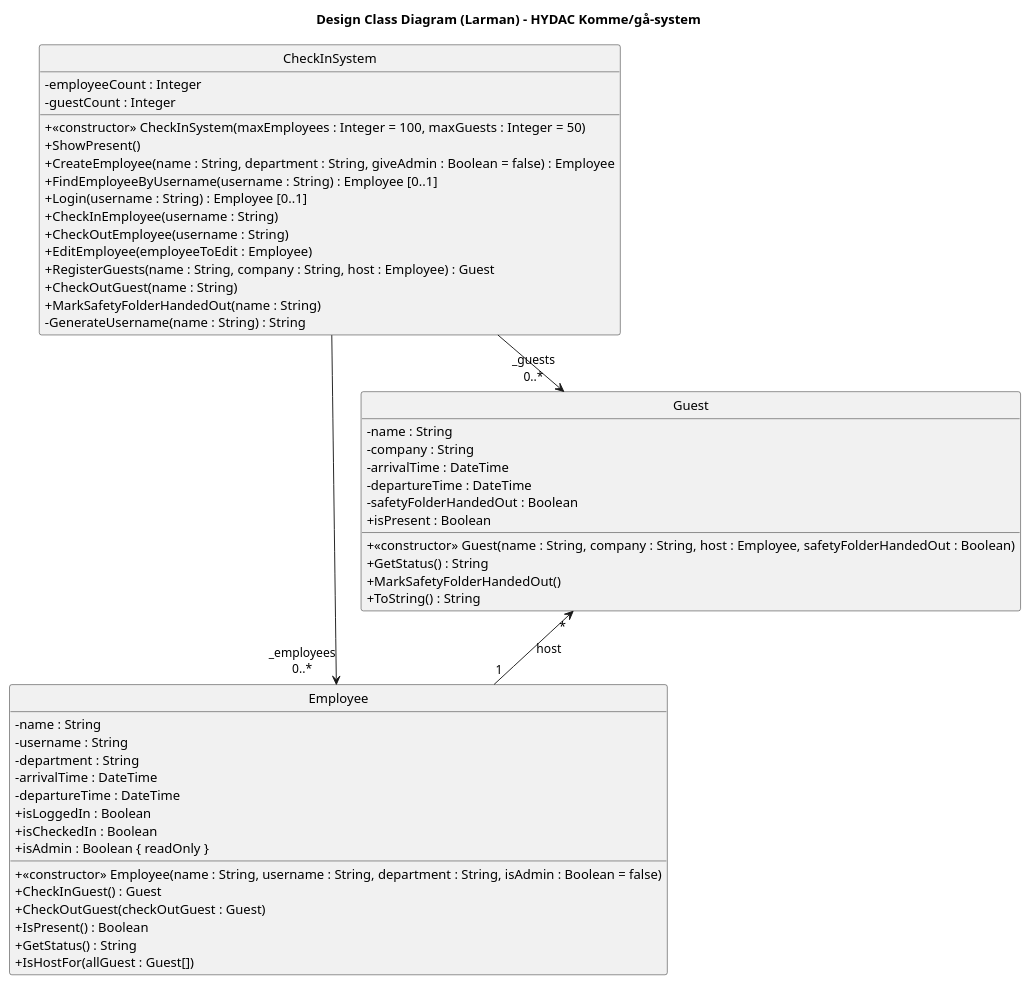
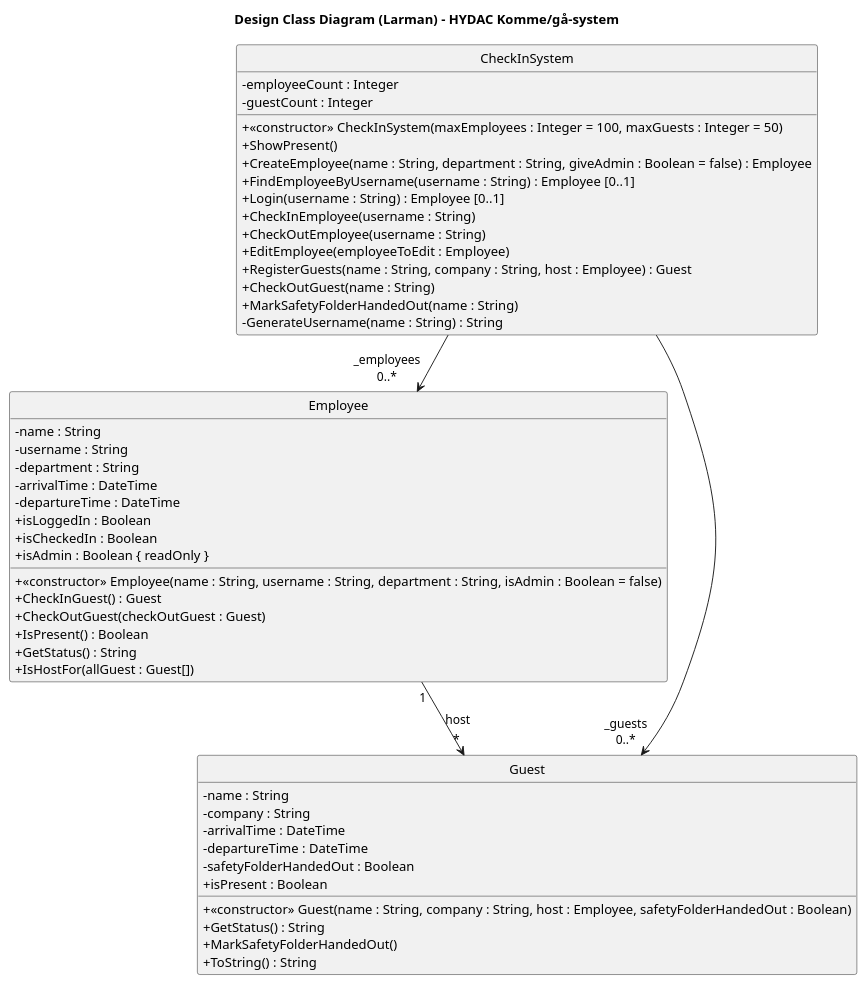
Before and after one commit to albla20/HydacTeamA4: the diagram in Artifacts/DesignClassDiagram(V2).puml, drawn with PlantUML.

Commit message:
ændret en linje i vores dcd

```diff
--- a/Artifacts/DesignClassDiagram(V2).puml
+++ b/Artifacts/DesignClassDiagram(V2).puml
@@ -1,59 +1,59 @@
 @startuml DesignClassDiagram
 title Design Class Diagram (Larman) - HYDAC Komme/gå-system
 
 hide circle
 skinparam classAttributeIconSize 0
 hide emptymembers
 
 class CheckInSystem {
   - employeeCount : Integer
   - guestCount : Integer
   + <<constructor>> CheckInSystem(maxEmployees : Integer = 100, maxGuests : Integer = 50)
   + ShowPresent()
   + CreateEmployee(name : String, department : String, giveAdmin : Boolean = false) : Employee
   + FindEmployeeByUsername(username : String) : Employee [0..1]
   + Login(username : String) : Employee [0..1]
   + CheckInEmployee(username : String)
   + CheckOutEmployee(username : String)
   + EditEmployee(employeeToEdit : Employee)
   + RegisterGuests(name : String, company : String, host : Employee) : Guest
   + CheckOutGuest(name : String)
   + MarkSafetyFolderHandedOut(name : String)
   - GenerateUsername(name : String) : String
 }
 
 class Employee {
   - name : String
   - username : String
   - department : String
   - arrivalTime : DateTime
   - departureTime : DateTime
   + isLoggedIn : Boolean
   + isCheckedIn : Boolean
   + isAdmin : Boolean { readOnly }
   + <<constructor>> Employee(name : String, username : String, department : String, isAdmin : Boolean = false)
   + CheckInGuest() : Guest
   + CheckOutGuest(checkOutGuest : Guest)
   + IsPresent() : Boolean
   + GetStatus() : String
   + IsHostFor(allGuest : Guest[])
 }
 
 class Guest {
   - name : String
   - company : String
   - arrivalTime : DateTime
   - departureTime : DateTime
   - safetyFolderHandedOut : Boolean
   + isPresent : Boolean
   + <<constructor>> Guest(name : String, company : String, host : Employee, safetyFolderHandedOut : Boolean)
   + GetStatus() : String
   + MarkSafetyFolderHandedOut()
   + ToString() : String
 }
 
 CheckInSystem --> "_employees\n0..*" Employee
 CheckInSystem --> "_guests\n0..*" Guest
-Guest "*" <-- "1" Employee : host
+Employee "1" -down-> "*" Guest : host
 
 @enduml
```
